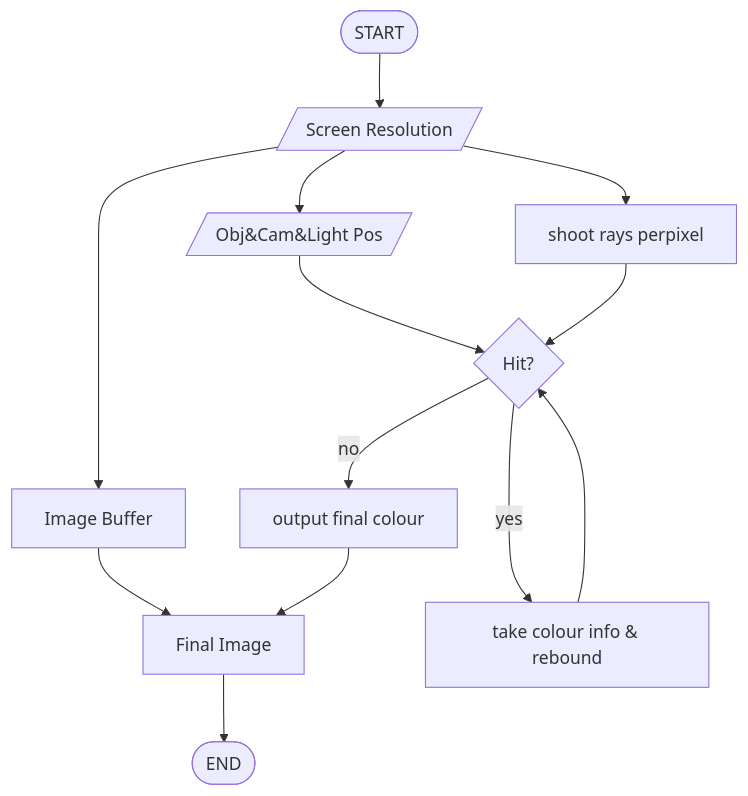
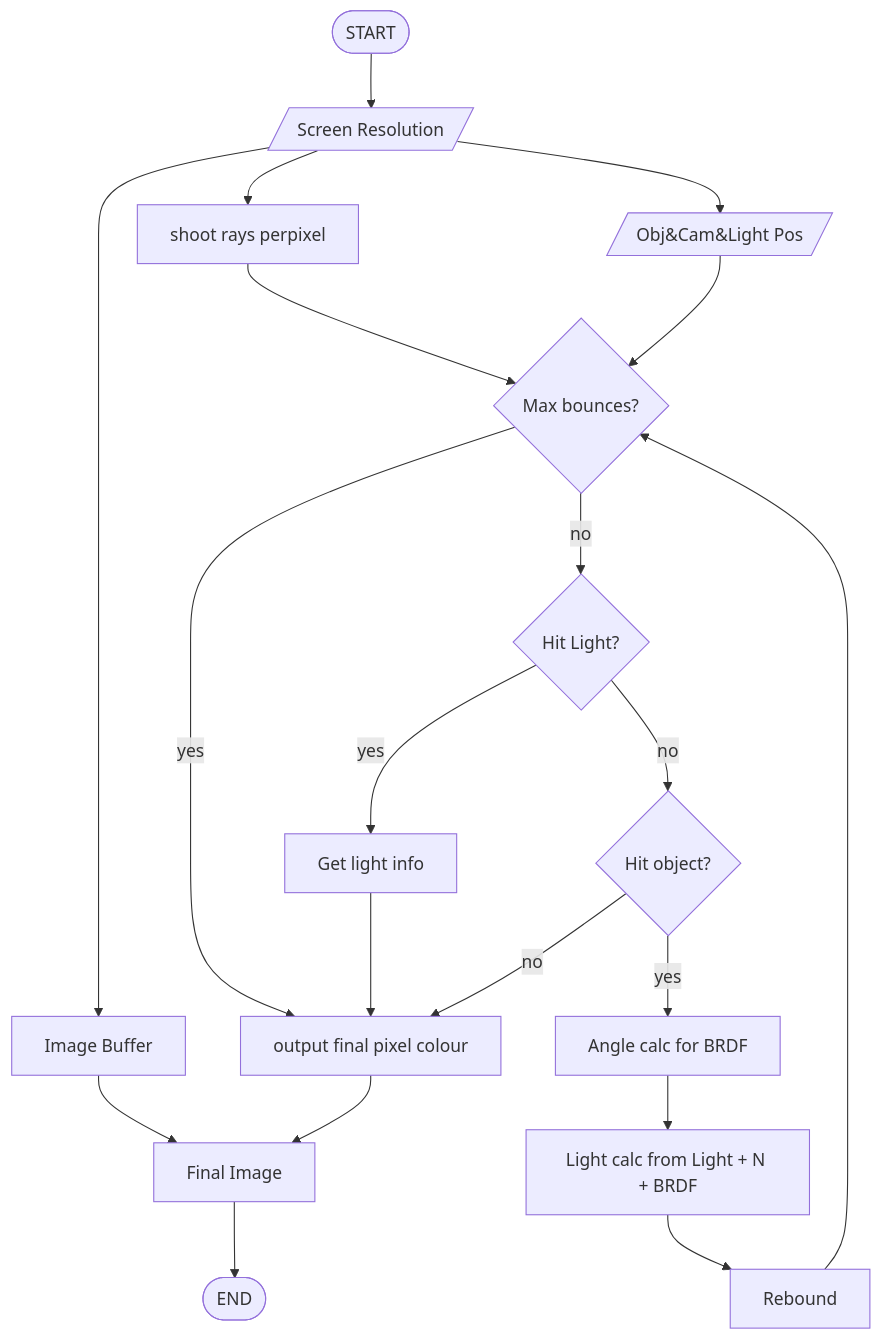
Before and after one commit to HarryTombs/Deffered-Shading-: the third of 3 diagrams in README.md, drawn with Mermaid. The commit also changed other lines of this file, not shown here.

````diff
--- a/README.md
+++ b/README.md
@@ -130,12 +140,17 @@
 ```mermaid
 flowchart TD
     srt([START])-->in1[/Screen Resolution/]
     in1-->do1[Image Buffer]
     in1-->in2[/Obj&Cam&Light Pos/]
     in1-->do2[shoot rays perpixel]
-    do2 & in2-->if1{Hit?}
-    if1-- no -->do4[output final colour]
-    if1-- yes -->do3[take colour info & rebound]--->if1
+    do2 & in2-->if1{Max bounces?}
+    if1-- no -->if2{Hit Light?}
+    if2-- no -->if3{Hit object?}
+    do4[output final pixel colour]
+    if1-- yes -->do4
+    if2-- yes -->do4a[Get light info]-->do4
+    if3-- no -->do4
+    if3-- yes -->do3[Angle calc for BRDF]-->do3a[Light calc from Light + N + BRDF] -->do3b[Rebound]-->if1
     do1 & do4-->do7[Final Image]
     do7-->fin([END])
 ```
````
